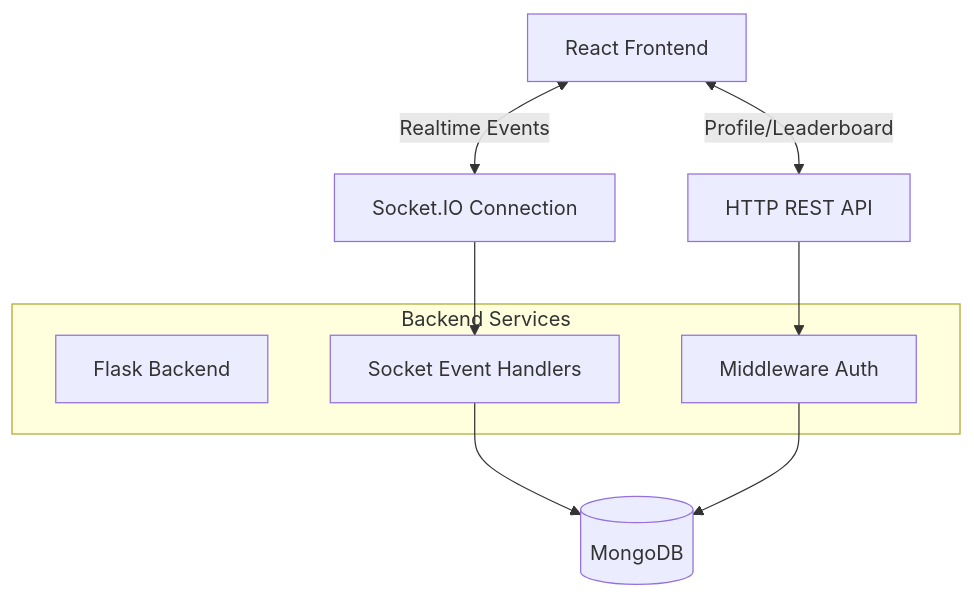
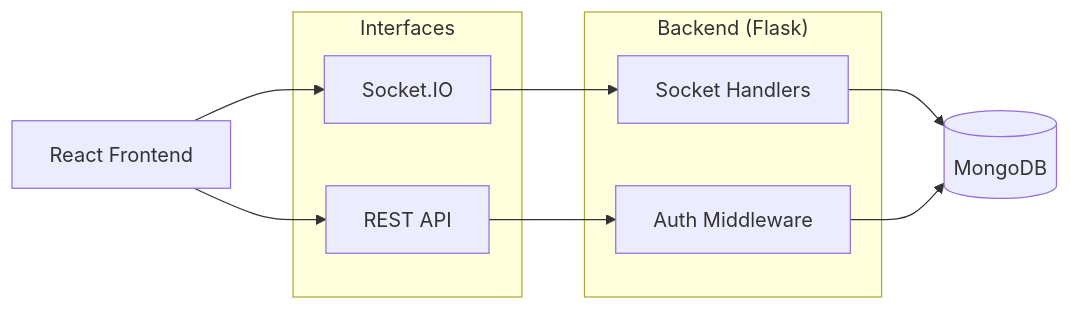
The second of 2 diagrams in rock-paper-scissors/SYSTEM_ARCHITECTURE.md (purify010622/CodSoft), drawn with Mermaid before and after one commit. The commit also changed 1 other file, not shown here.

Commit message:
feat: Add system architecture documentation for rock-paper-scissors and to-do list projects.

````diff
--- a/rock-paper-scissors/SYSTEM_ARCHITECTURE.md
+++ b/rock-paper-scissors/SYSTEM_ARCHITECTURE.md
@@ -53,27 +53,25 @@
 ```mermaid
-graph TD
+graph LR
     Client[React Frontend]
-    WS[Socket.IO Connection]
-    HTTP[HTTP REST API]
     
-    Server[Flask Backend]
-    SocketHandler[Socket Event Handlers]
-    Auth[Middleware Auth]
+    subgraph Interfaces
+        WS[Socket.IO]
+        HTTP[REST API]
+    end
+    
+    subgraph Backend ["Backend (Flask)"]
+        SocketHandler[Socket Handlers]
+        Auth[Auth Middleware]
+    end
     
     DB[(MongoDB)]
     
-    Client <-->|Realtime Events| WS
-    Client <-->|Profile/Leaderboard| HTTP
+    Client --> WS
+    Client --> HTTP
     
     WS --> SocketHandler
     HTTP --> Auth
     
     SocketHandler --> DB
     Auth --> DB
-    
-    subgraph Backend Services
-        SocketHandler
-        Auth
-        Server
-    end
 ```
````
